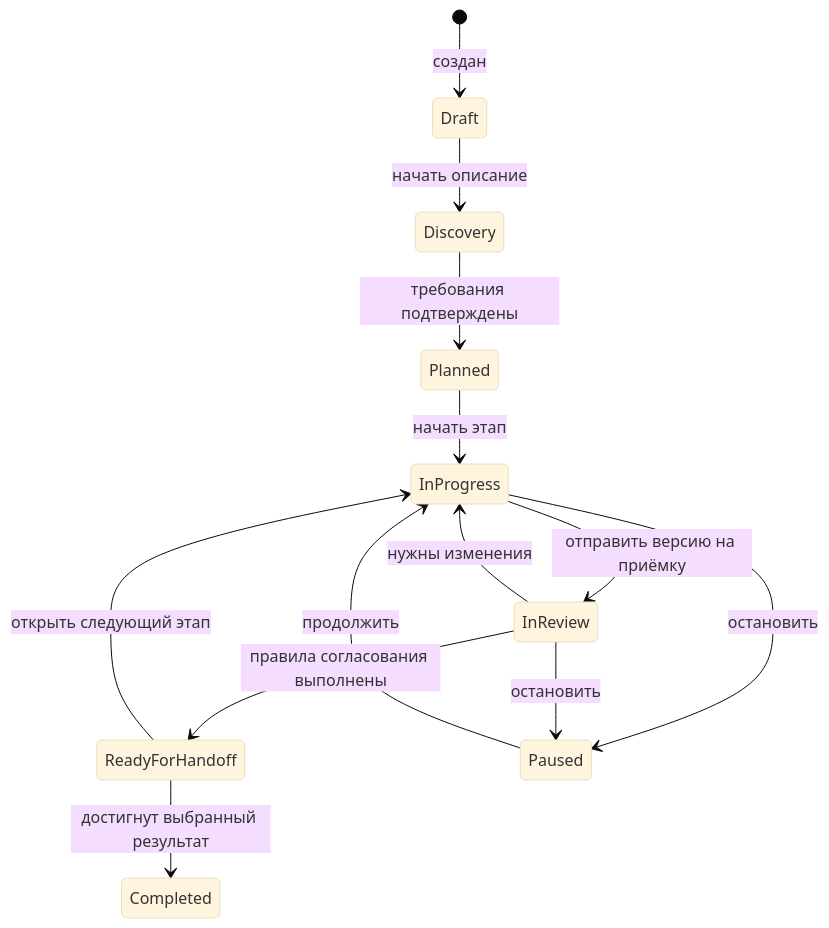
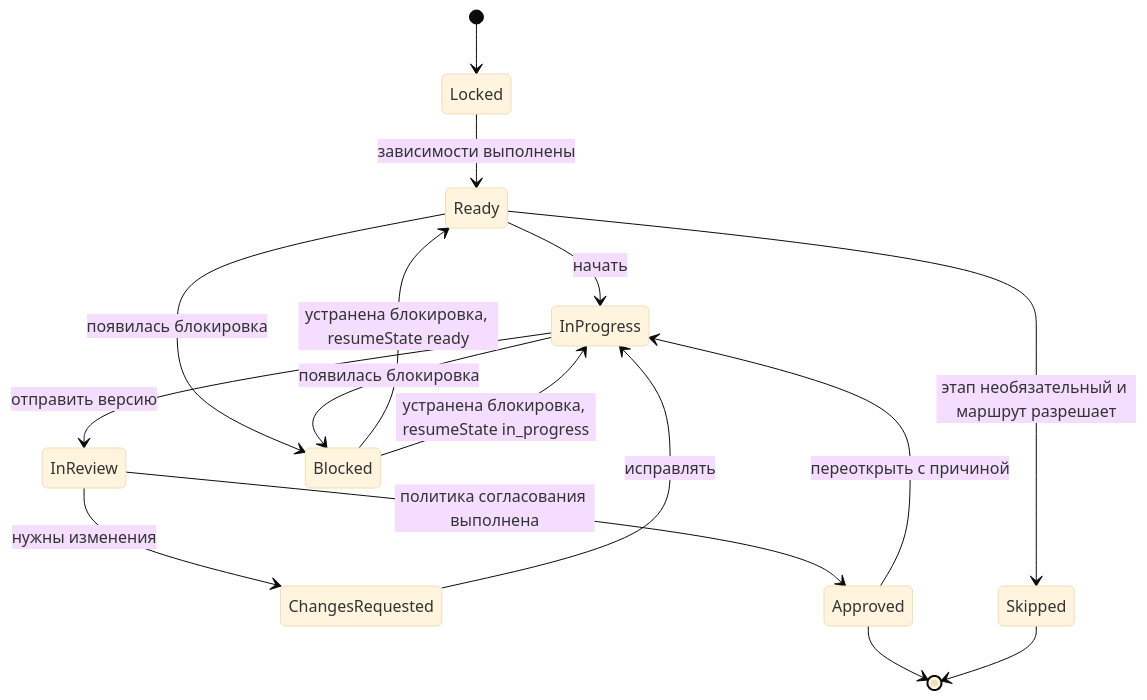
Before and after one commit to nurgeldiserikbay/builder-docs: the third of 5 diagrams in docs/ARCHITECTURE_AND_BUSINESS_LOGIC.md, drawn with Mermaid (base theme). The commit also changed other lines of this file, not shown here.

Commit message:
Separate project and stage state diagrams

````diff
--- a/docs/ARCHITECTURE_AND_BUSINESS_LOGIC.md
+++ b/docs/ARCHITECTURE_AND_BUSINESS_LOGIC.md
@@ -51,15 +69,18 @@
 ```mermaid
 stateDiagram-v2
-    [*] --> Draft: создан
-    Draft --> Discovery: начать описание
-    Discovery --> Planned: требования подтверждены
-    Planned --> InProgress: начать этап
-    InProgress --> InReview: отправить версию на приёмку
-    InReview --> InProgress: нужны изменения
-    InReview --> ReadyForHandoff: правила согласования выполнены
-    ReadyForHandoff --> InProgress: открыть следующий этап
-    InProgress --> Paused: остановить
-    InReview --> Paused: остановить
-    Paused --> InProgress: продолжить
-    ReadyForHandoff --> Completed: достигнут выбранный результат
+    [*] --> Locked
+    Locked --> Ready: зависимости выполнены
+    Ready --> InProgress: начать
+    InProgress --> InReview: отправить версию
+    InReview --> ChangesRequested: нужны изменения
+    ChangesRequested --> InProgress: исправлять
+    InReview --> Approved: политика согласования выполнена
+    Ready --> Blocked: появилась блокировка
+    InProgress --> Blocked: появилась блокировка
+    Blocked --> Ready: устранена блокировка, resumeState ready
+    Blocked --> InProgress: устранена блокировка, resumeState in_progress
+    Ready --> Skipped: этап необязательный и маршрут разрешает
+    Approved --> InProgress: переоткрыть с причиной
+    Approved --> [*]
+    Skipped --> [*]
 ```
````
